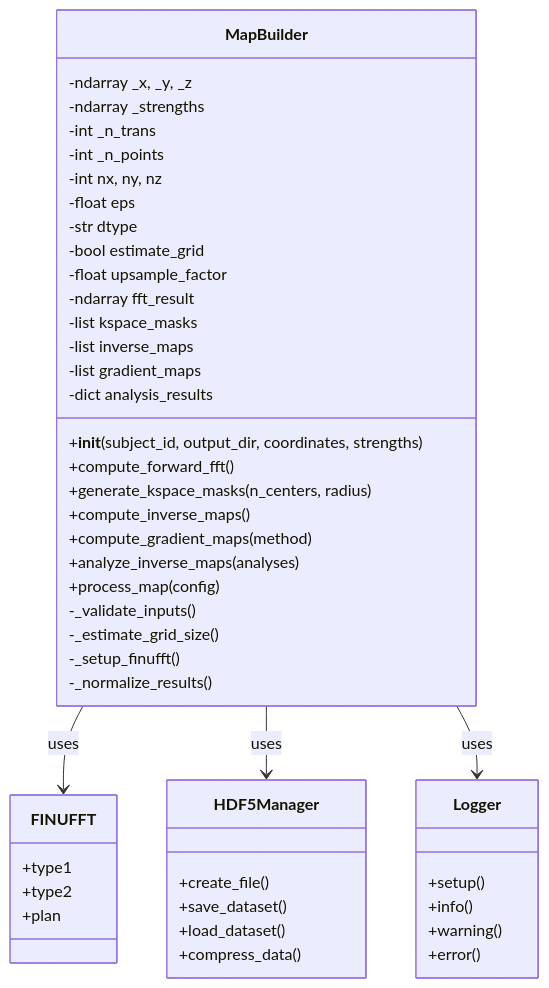
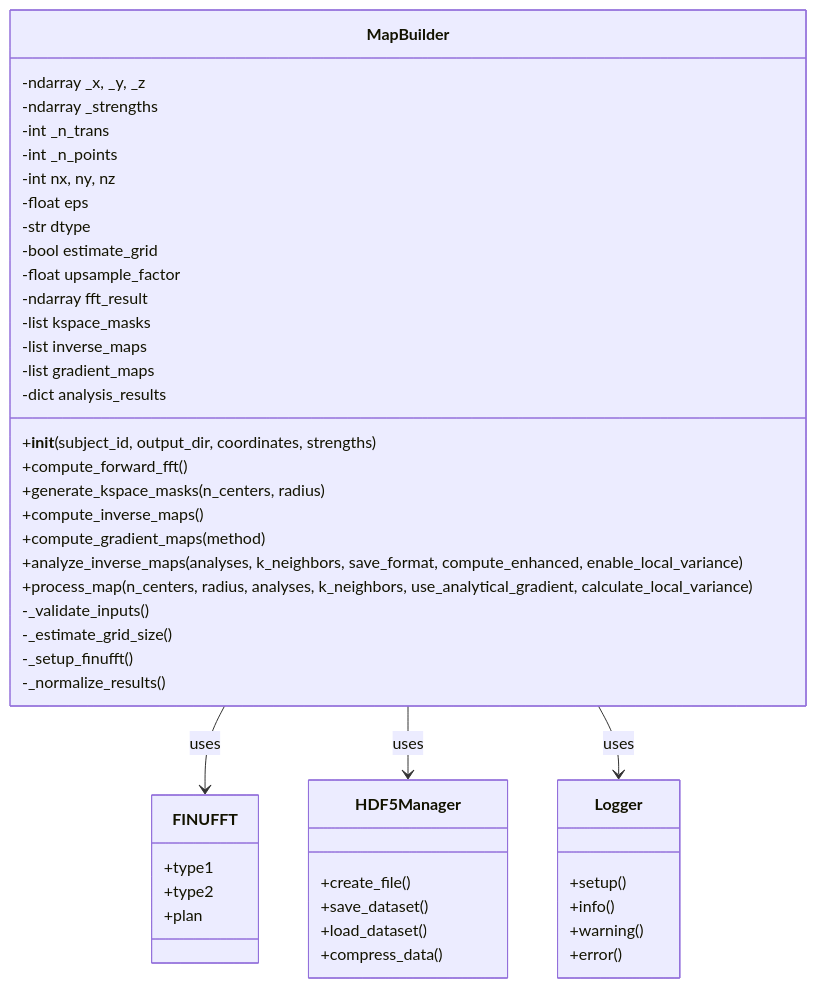
Before and after one commit to DilanjanDK7/QM_FFT_Feature_Package: the third of 4 diagrams in docs/technical_reference.md, drawn with Mermaid. The commit also changed other lines of this file and 7 other files, not shown here.

````diff
--- a/docs/technical_reference.md
+++ b/docs/technical_reference.md
@@ -884,63 +884,63 @@
 ```mermaid
 classDiagram
     class MapBuilder {
         %% Core Attributes
         -ndarray _x, _y, _z
         -ndarray _strengths
         -int _n_trans
         -int _n_points
         -int nx, ny, nz
         
         %% Configuration
         -float eps
         -str dtype
         -bool estimate_grid
         -float upsample_factor
         
         %% Results Storage
         -ndarray fft_result
         -list kspace_masks
         -list inverse_maps
         -list gradient_maps
         -dict analysis_results
         
         %% Methods
         +__init__(subject_id, output_dir, coordinates, strengths)
         +compute_forward_fft()
         +generate_kspace_masks(n_centers, radius)
         +compute_inverse_maps()
         +compute_gradient_maps(method)
-        +analyze_inverse_maps(analyses)
-        +process_map(config)
+        +analyze_inverse_maps(analyses, k_neighbors, save_format, compute_enhanced, enable_local_variance)
+        +process_map(n_centers, radius, analyses, k_neighbors, use_analytical_gradient, calculate_local_variance)
         
         %% Private Methods
         -_validate_inputs()
         -_estimate_grid_size()
         -_setup_finufft()
         -_normalize_results()
     }
 
     class FINUFFT {
         +type1
         +type2
         +plan
     }
 
     class HDF5Manager {
         +create_file()
         +save_dataset()
         +load_dataset()
         +compress_data()
     }
 
     class Logger {
         +setup()
         +info()
         +warning()
         +error()
     }
 
     MapBuilder --> FINUFFT : uses
     MapBuilder --> HDF5Manager : uses
     MapBuilder --> Logger : uses
 ```
````
